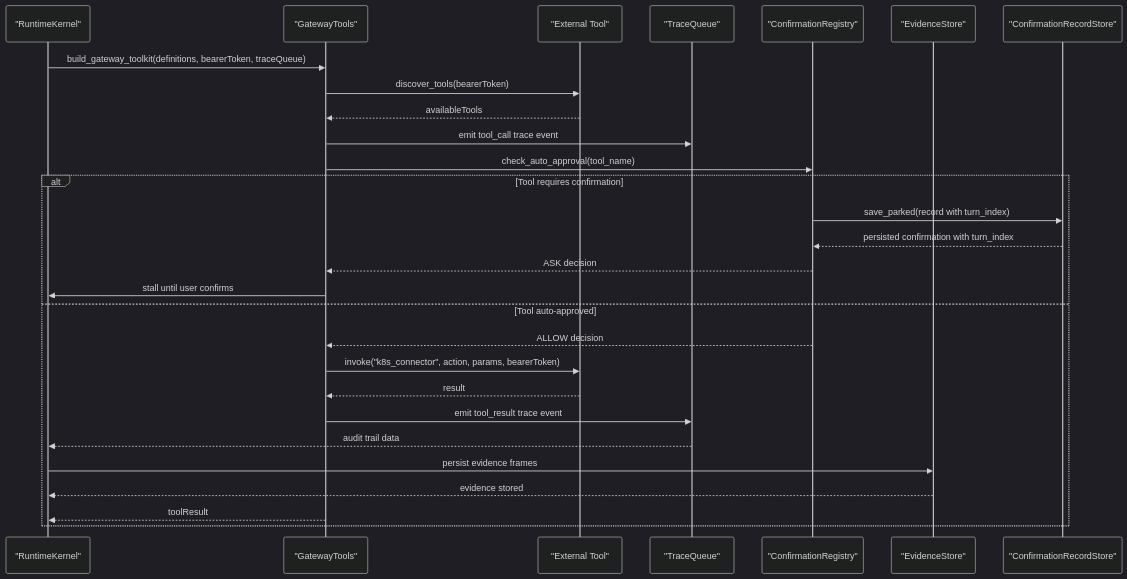
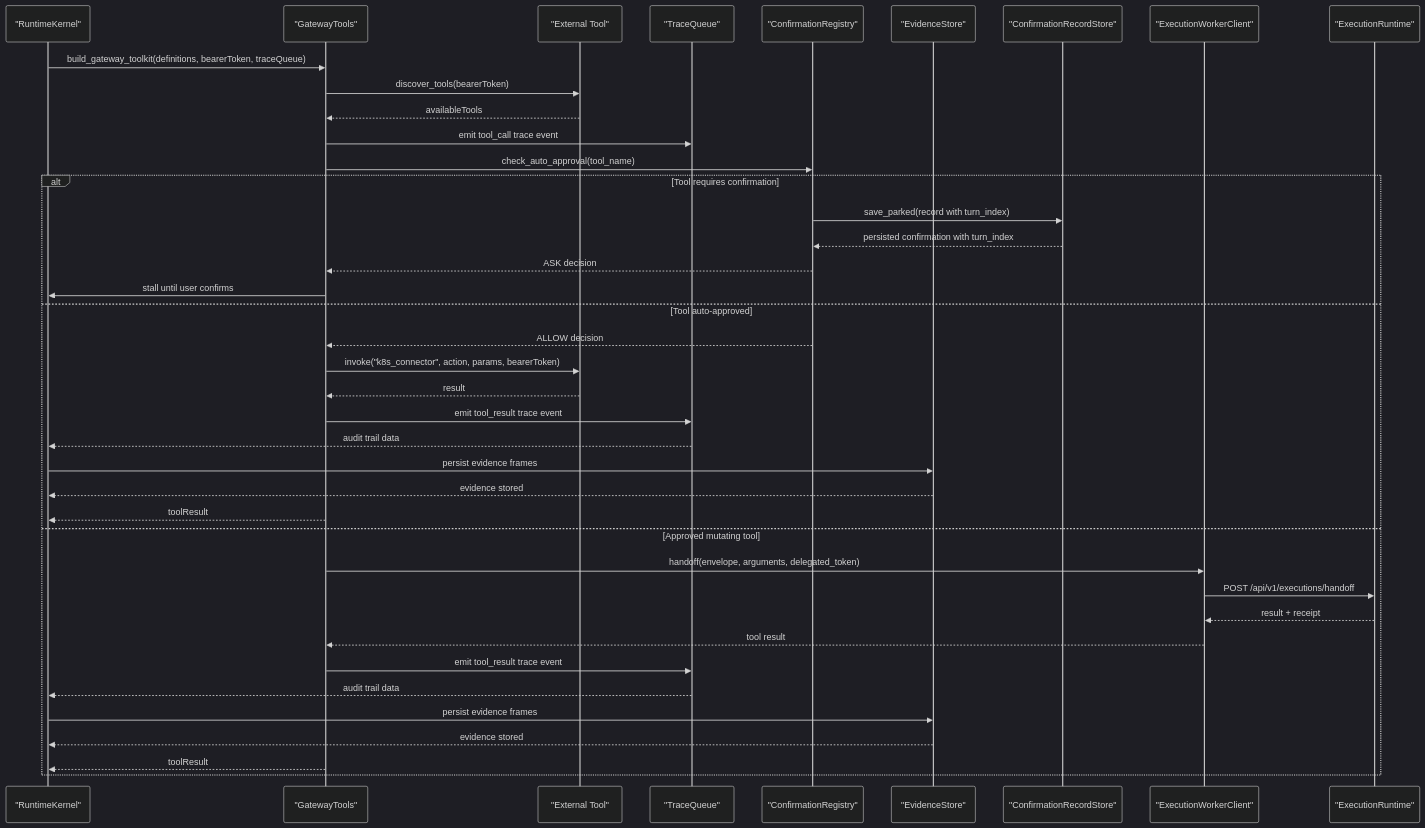
Before and after one commit to metasync/luban-aiops: diagram 16 of 33 in .qoder/repowiki/en/content/Agent Platform Service/Agent Platform Service.md, drawn with Mermaid (dark theme). The commit also changed other lines of this file and 5 other files, not shown here.

````diff
--- a/.qoder/repowiki/en/content/Agent Platform Service/Agent Platform Service.md
+++ b/.qoder/repowiki/en/content/Agent Platform Service/Agent Platform Service.md
@@ -988,30 +1109,42 @@
 ```mermaid
 sequenceDiagram
 participant Kernel as "RuntimeKernel"
 participant GatewayTools as "GatewayTools"
 participant External as "External Tool"
 participant Trace as "TraceQueue"
 participant HITL as "ConfirmationRegistry"
 participant EvStore as "EvidenceStore"
 participant ConfirmStore as "ConfirmationRecordStore"
+participant ExecWorker as "ExecutionWorkerClient"
+participant ExecRuntime as "ExecutionRuntime"
 Kernel->>GatewayTools : build_gateway_toolkit(definitions, bearerToken, traceQueue)
 GatewayTools->>External : discover_tools(bearerToken)
 External-->>GatewayTools : availableTools
 GatewayTools->>Trace : emit tool_call trace event
 GatewayTools->>HITL : check_auto_approval(tool_name)
 alt Tool requires confirmation
 HITL->>ConfirmStore : save_parked(record with turn_index)
 ConfirmStore-->>HITL : persisted confirmation with turn_index
 HITL-->>GatewayTools : ASK decision
 GatewayTools->>Kernel : stall until user confirms
 else Tool auto-approved
 HITL-->>GatewayTools : ALLOW decision
 GatewayTools->>External : invoke("k8s_connector", action, params, bearerToken)
 External-->>GatewayTools : result
 GatewayTools->>Trace : emit tool_result trace event
 Trace-->>Kernel : audit trail data
 Kernel->>EvStore : persist evidence frames
 EvStore-->>Kernel : evidence stored
 GatewayTools-->>Kernel : toolResult
+else Approved mutating tool
+GatewayTools->>ExecWorker : handoff(envelope, arguments, delegated_token)
+ExecWorker->>ExecRuntime : POST /api/v1/executions/handoff
+ExecRuntime-->>ExecWorker : result + receipt
+ExecWorker-->>GatewayTools : tool result
+GatewayTools->>Trace : emit tool_result trace event
+Trace-->>Kernel : audit trail data
+Kernel->>EvStore : persist evidence frames
+EvStore-->>Kernel : evidence stored
+GatewayTools-->>Kernel : toolResult
 end
 ```
````
